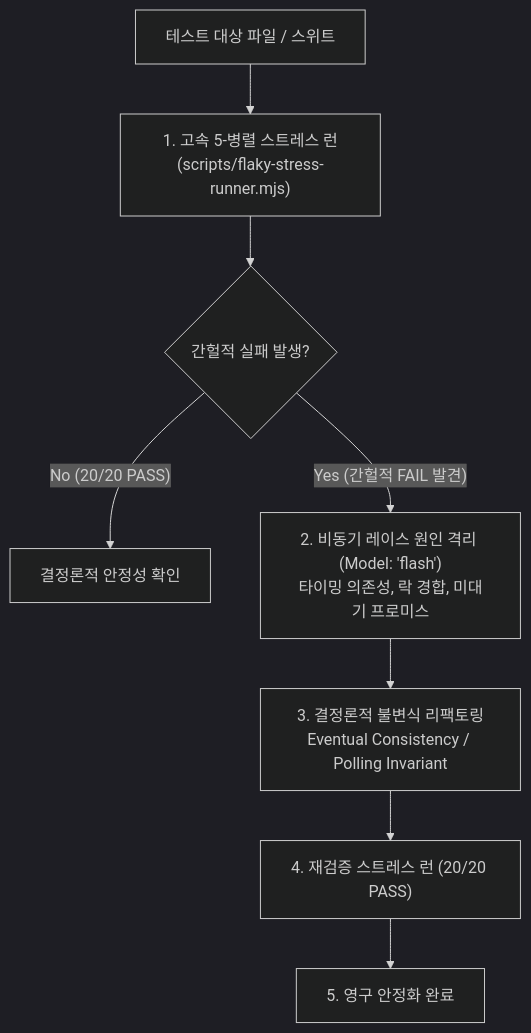
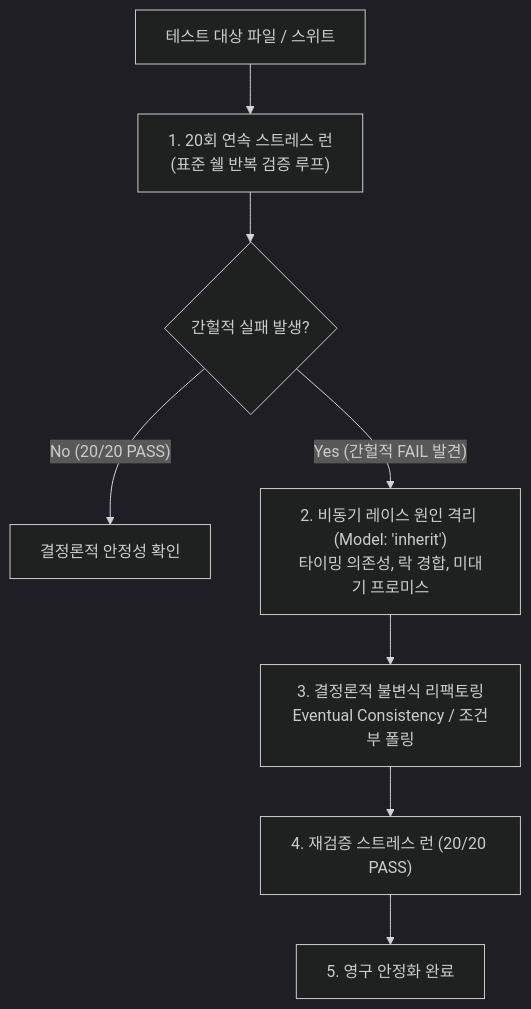
The diagram in skills/ulw/references/flaky-guard.md (daeryundf2-prog/lazyargon), drawn with Mermaid (dark theme) before and after one commit. The commit also changed other lines of this file and 38 other files, not shown here.

````diff
--- a/skills/ulw/references/flaky-guard.md
+++ b/skills/ulw/references/flaky-guard.md
@@ -10,10 +10,10 @@
 ```mermaid
 flowchart TD
-    Target["테스트 대상 파일 / 스위트"] --> Stress["1. 고속 5-병렬 스트레스 런<br/>(scripts/flaky-stress-runner.mjs)"]
+    Target["테스트 대상 파일 / 스위트"] --> Stress["1. 20회 연속 스트레스 런<br/>(표준 쉘 반복 검증 루프)"]
     Stress --> Catch{"간헐적 실패 발생?"}
     Catch -- "No (20/20 PASS)" --> Green["결정론적 안정성 확인"]
-    Catch -- "Yes (간헐적 FAIL 발견)" --> Isolate["2. 비동기 레이스 원인 격리 (Model: 'flash')<br/>타이밍 의존성, 락 경합, 미대기 프로미스"]
-    Isolate --> Refactor["3. 결정론적 불변식 리팩토링<br/>Eventual Consistency / Polling Invariant"]
+    Catch -- "Yes (간헐적 FAIL 발견)" --> Isolate["2. 비동기 레이스 원인 격리 (Model: 'inherit')<br/>타이밍 의존성, 락 경합, 미대기 프로미스"]
+    Isolate --> Refactor["3. 결정론적 불변식 리팩토링<br/>Eventual Consistency / 조건부 폴링"]
     Refactor --> ReStress["4. 재검증 스트레스 런 (20/20 PASS)"]
     ReStress --> Done["5. 영구 안정화 완료"]
 ```
````
